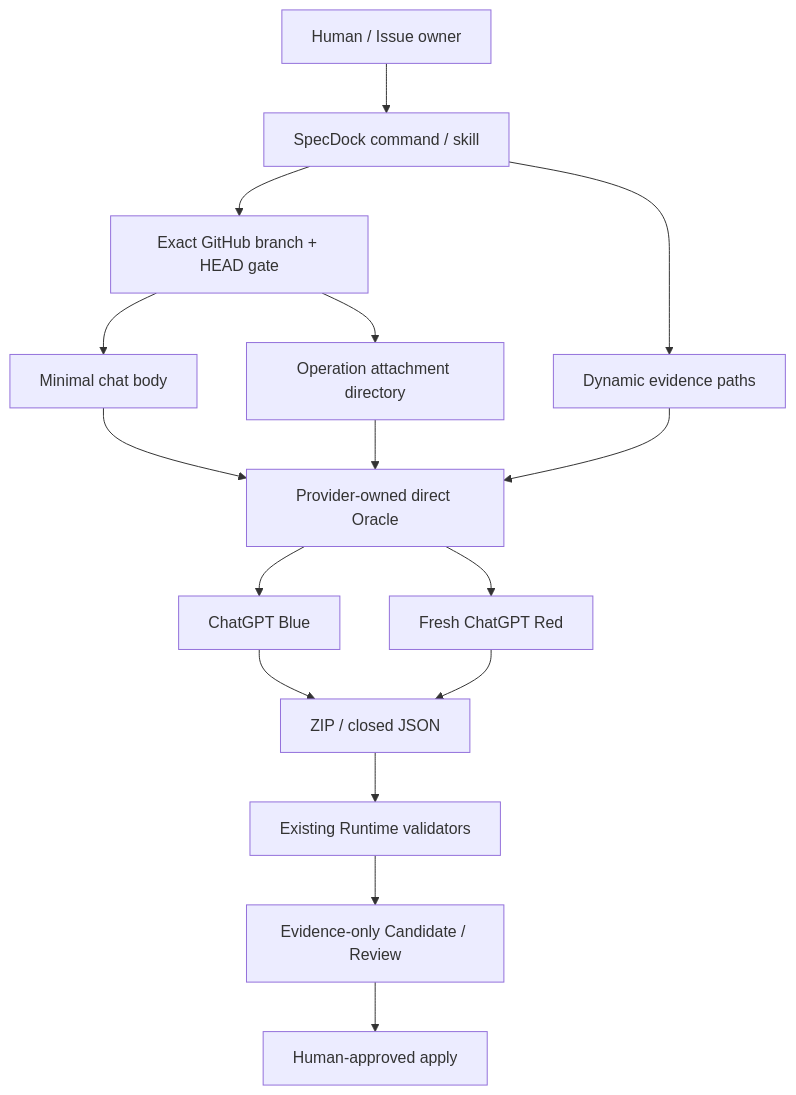
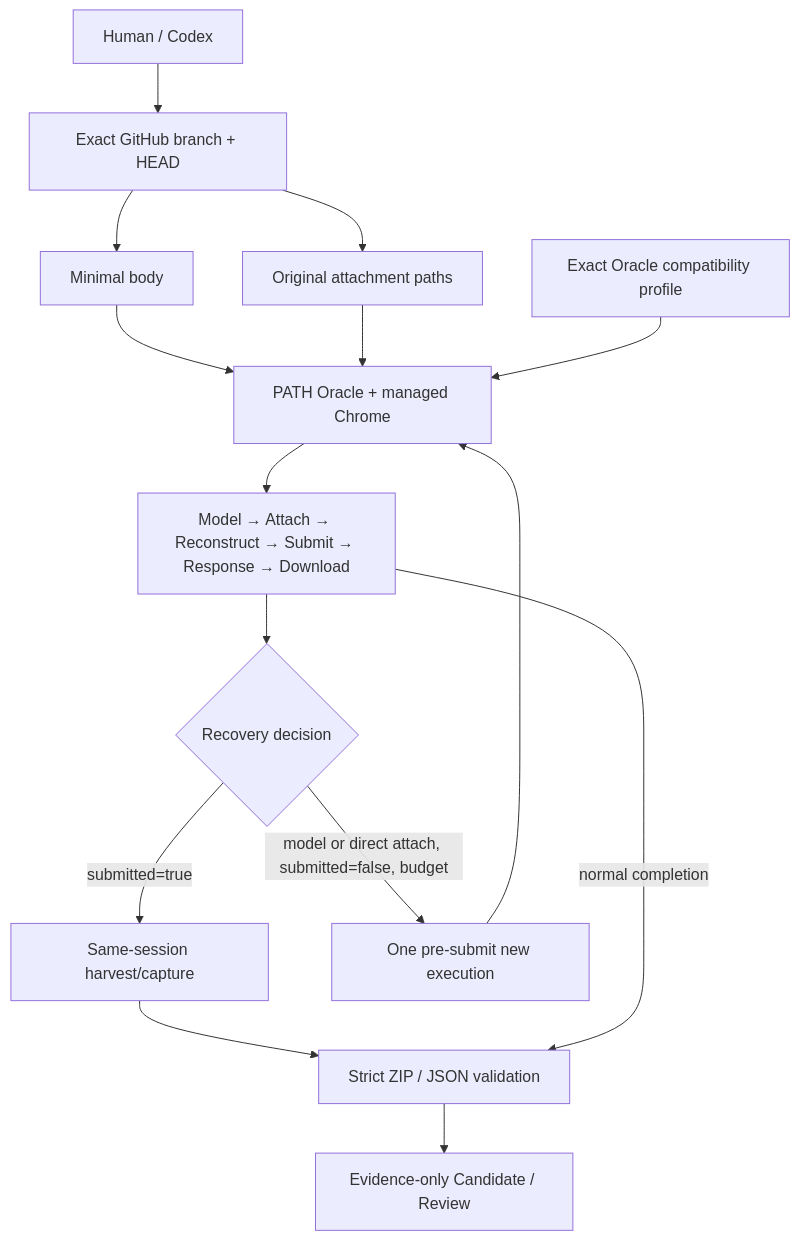
One commit to chemitaro/spec-dock changed the first of 2 diagrams in spec-dock/initiatives/init-00322-gpt-5-6-chatgpt-first-intelligence-architecture/epics/epic-00331-planning-and-advisory-review/issues/iss-00354-define-chatgpt-context-and-attachment-contract/onboarding.md. Above: the diagram before and after it, drawn with Mermaid. The commit also changed other lines of this file and 14 other files, not shown here.

````diff
--- a/spec-dock/initiatives/init-00322-gpt-5-6-chatgpt-first-intelligence-architecture/epics/epic-00331-planning-and-advisory-review/issues/iss-00354-define-chatgpt-context-and-attachment-contract/onboarding.md
+++ b/spec-dock/initiatives/init-00322-gpt-5-6-chatgpt-first-intelligence-architecture/epics/epic-00331-planning-and-advisory-review/issues/iss-00354-define-chatgpt-context-and-attachment-contract/onboarding.md
@@ -24,32 +20,30 @@
 ```mermaid
 flowchart TB
-    Human[Human / Issue owner]
-    CLI[SpecDock command / skill]
-    Git[Exact GitHub branch + HEAD gate]
-    Body[Minimal chat body]
-    Dir[Operation attachment directory]
-    Dyn[Dynamic evidence paths]
-    Oracle[Provider-owned direct Oracle]
-    Blue[ChatGPT Blue]
-    Red[Fresh ChatGPT Red]
-    Out[ZIP / closed JSON]
-    Validator[Existing Runtime validators]
-    Candidate[Evidence-only Candidate / Review]
-    Apply[Human-approved apply]
+    Human[Human / Codex]
+    Git[Exact GitHub branch + HEAD]
+    Body[Minimal body]
+    Paths[Original attachment paths]
+    Profile[Exact Oracle compatibility profile]
+    Oracle[PATH Oracle + managed Chrome]
+    Stages[Model → Attach → Reconstruct → Submit → Response → Download]
+    Recovery{Recovery decision}
+    Same[Same-session harvest/capture]
+    New[One pre-submit new execution]
+    Validate[Strict ZIP / JSON validation]
+    Evidence[Evidence-only Candidate / Review]
 
-    Human --> CLI
-    CLI --> Git
+    Human --> Git
     Git --> Body
-    Git --> Dir
-    CLI --> Dyn
+    Git --> Paths
     Body --> Oracle
-    Dir --> Oracle
-    Dyn --> Oracle
-    Oracle --> Blue
-    Oracle --> Red
-    Blue --> Out
-    Red --> Out
-    Out --> Validator
-    Validator --> Candidate
-    Candidate --> Apply
+    Paths --> Oracle
+    Profile --> Oracle
+    Oracle --> Stages
+    Stages --> Recovery
+    Recovery -->|model or direct attach, submitted=false, budget| New
+    New --> Oracle
+    Recovery -->|submitted=true| Same
+    Same --> Validate
+    Stages -->|normal completion| Validate
+    Validate --> Evidence
 ```
````
